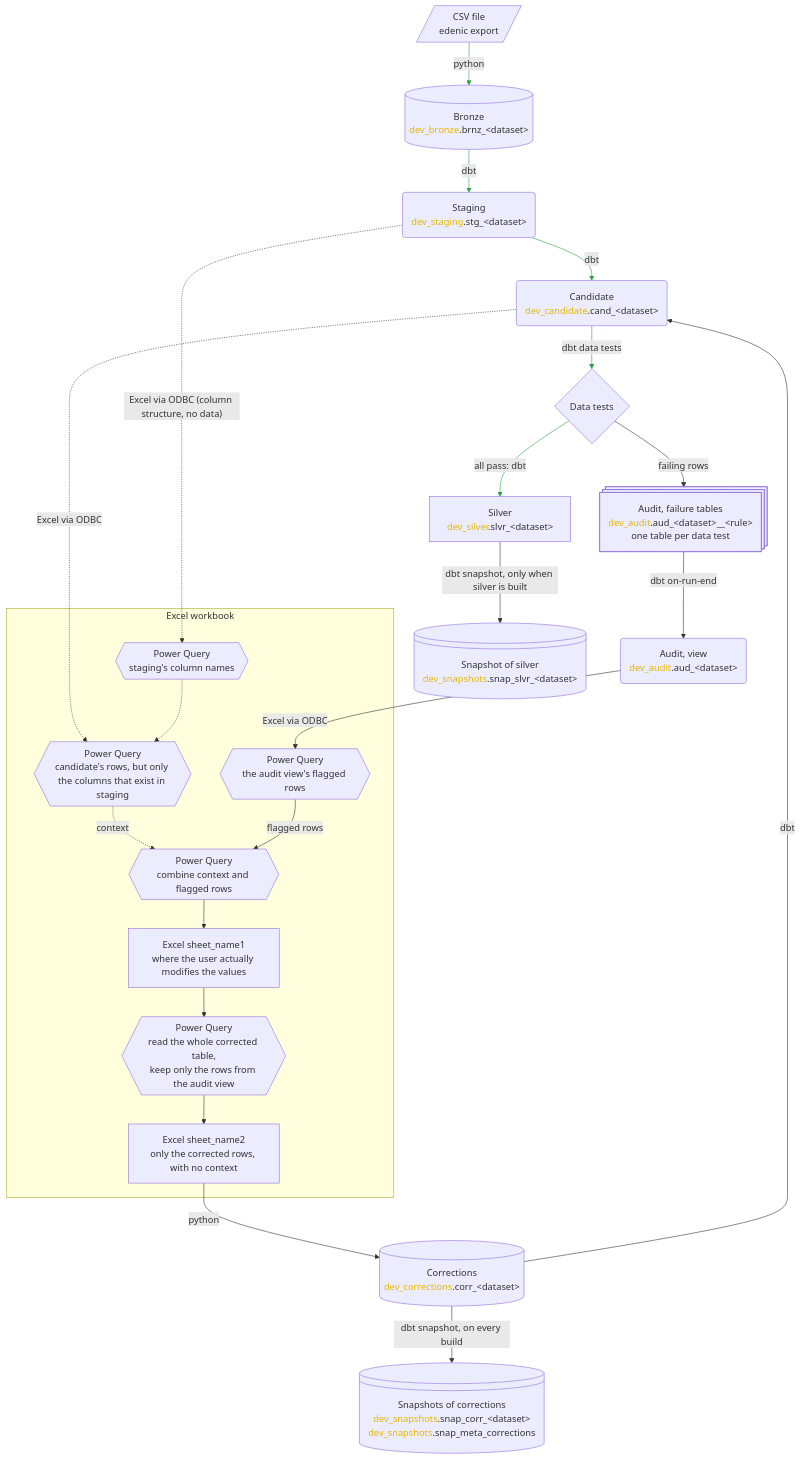
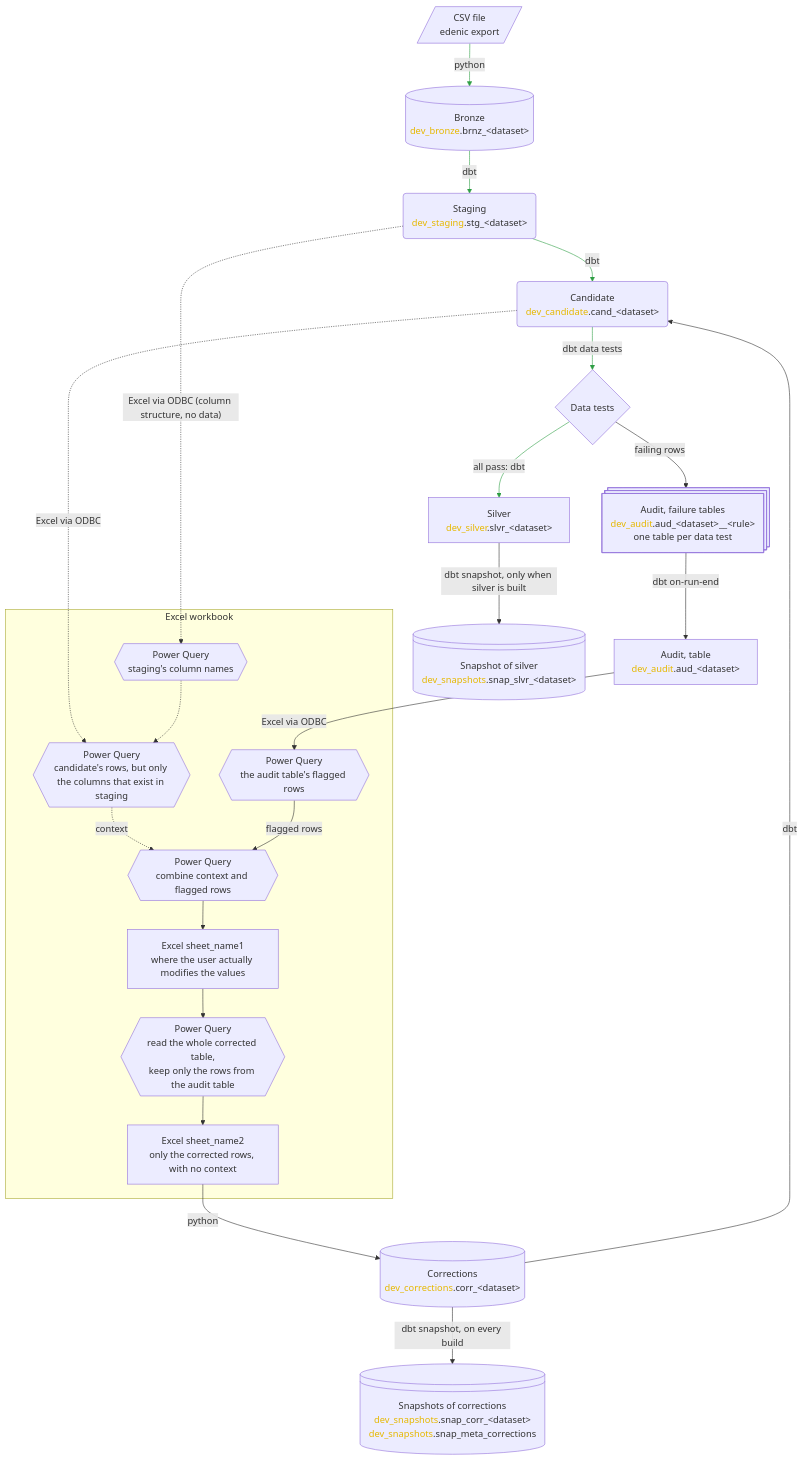
One commit to le1douglas/DataWarehouse changed the diagram in docs/DATA_FLOW_DIAGRAM.md. Above: the diagram before and after it, drawn with Mermaid. The commit also changed 6 other files, not shown here.

Commit message:
changed audit view to audit table, to its syncet to the last build. added more protection for partial runs

````diff
--- a/docs/DATA_FLOW_DIAGRAM.md
+++ b/docs/DATA_FLOW_DIAGRAM.md
@@ -5,47 +5,47 @@
 ```mermaid
 flowchart TD
     csv[/"CSV file<br/>edenic export"/]
     brnz[("Bronze<br/><span style='color: #e6b800'>dev_bronze</span>.brnz_#lt;dataset#gt;")]
     corr[("Corrections<br/><span style='color: #e6b800'>dev_corrections</span>.corr_#lt;dataset#gt;")]
     stg("Staging<br/><span style='color: #e6b800'>dev_staging</span>.stg_#lt;dataset#gt;")
     cand("Candidate<br/><span style='color: #e6b800'>dev_candidate</span>.cand_#lt;dataset#gt;")
     tests{"Data tests"}
     fail@{ shape: st-rect, label: "Audit, failure tables<br/><span style='color: #e6b800'>dev_audit</span>.aud_#lt;dataset#gt;__#lt;rule#gt;<br/>one table per data test" }
-    aud("Audit, view<br/><span style='color: #e6b800'>dev_audit</span>.aud_#lt;dataset#gt;")
+    aud["Audit, table<br/><span style='color: #e6b800'>dev_audit</span>.aud_#lt;dataset#gt;"]
     slvr["Silver<br/><span style='color: #e6b800'>dev_silver</span>.slvr_#lt;dataset#gt;"]
     snapcorr@{ shape: lin-cyl, label: "Snapshots of corrections<br/><span style='color: #e6b800'>dev_snapshots</span>.snap_corr_#lt;dataset#gt;<br/><span style='color: #e6b800'>dev_snapshots</span>.snap_meta_corrections" }
     snapslvr@{ shape: lin-cyl, label: "Snapshot of silver<br/><span style='color: #e6b800'>dev_snapshots</span>.snap_slvr_#lt;dataset#gt;" }
 
     subgraph xlsx["Excel workbook"]
         qcols{{"Power Query<br/>staging's column names"}}
         qcand{{"Power Query<br/>candidate's rows, but only the columns that exist in staging"}}
-        qaud{{"Power Query<br/>the audit view's flagged rows"}}
+        qaud{{"Power Query<br/>the audit table's flagged rows"}}
         comb{{"Power Query<br/>combine context and flagged rows"}}
         review["Excel sheet_name1<br/>where the user actually modifies the values"]
-        qsel{{"Power Query<br/>read the whole corrected table,<br/>keep only the rows from the audit view"}}
+        qsel{{"Power Query<br/>read the whole corrected table,<br/>keep only the rows from the audit table"}}
         corrected["Excel sheet_name2<br/>only the corrected rows, with no context"]
     end
 
     csv -->|"python"| brnz
     brnz -->|"dbt"| stg
     stg -->|"dbt"| cand
     corr -->|"dbt"| cand
     cand -->|"dbt data tests"| tests
     tests -->|"all pass: dbt"| slvr
     tests -->|"failing rows"| fail
     fail -->|"dbt on-run-end"| aud
     stg -.->|"Excel via ODBC (column structure, no data)"| qcols
     cand -.->|"Excel via ODBC"| qcand
     aud -->|"Excel via ODBC"| qaud
     qcols -.-> qcand
     qcand -.->|"context"| comb
     qaud -->|"flagged rows"| comb
     comb --> review
     review --> qsel
     qsel --> corrected
     corrected -->|"python"| corr
     corr -->|"dbt snapshot, on every build"| snapcorr
     slvr -->|"dbt snapshot, only when silver is built"| snapslvr
 
     linkStyle 0,1,2,4,5 stroke:#2e9e44
 ```
````
